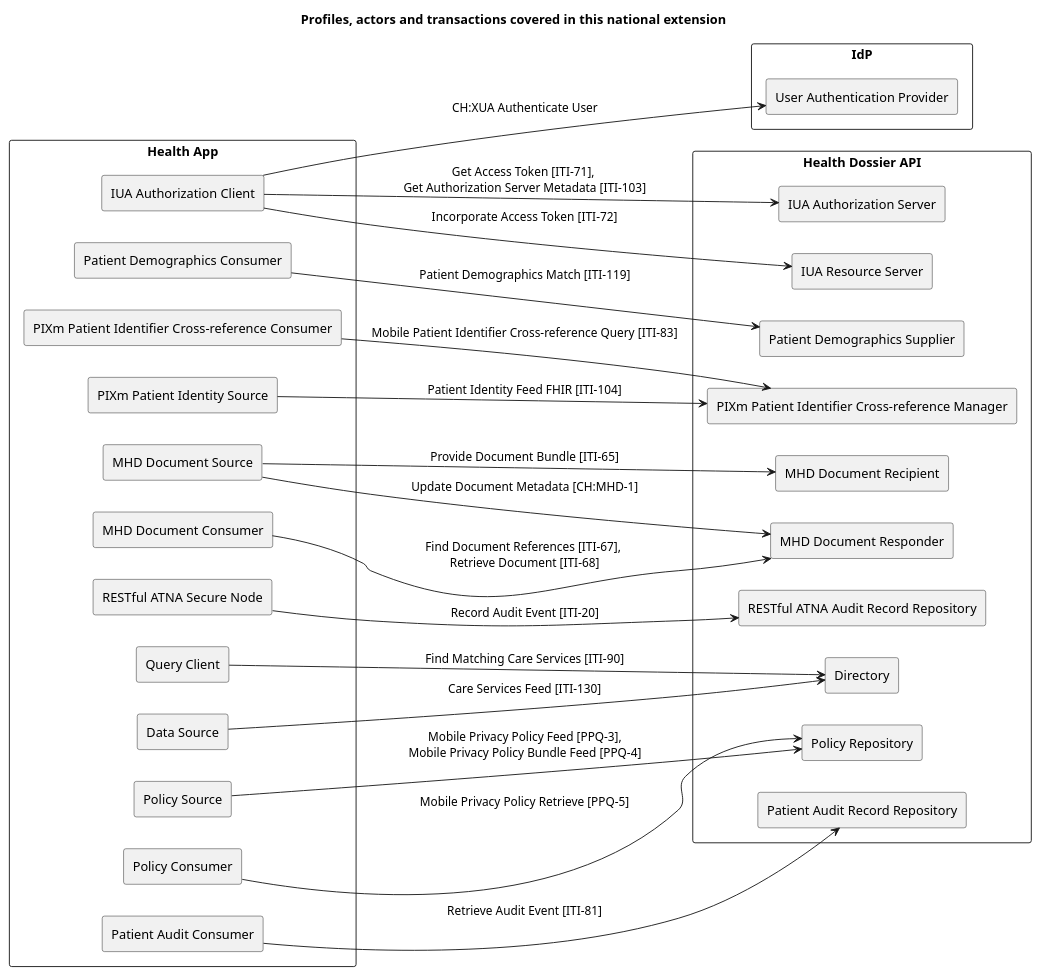
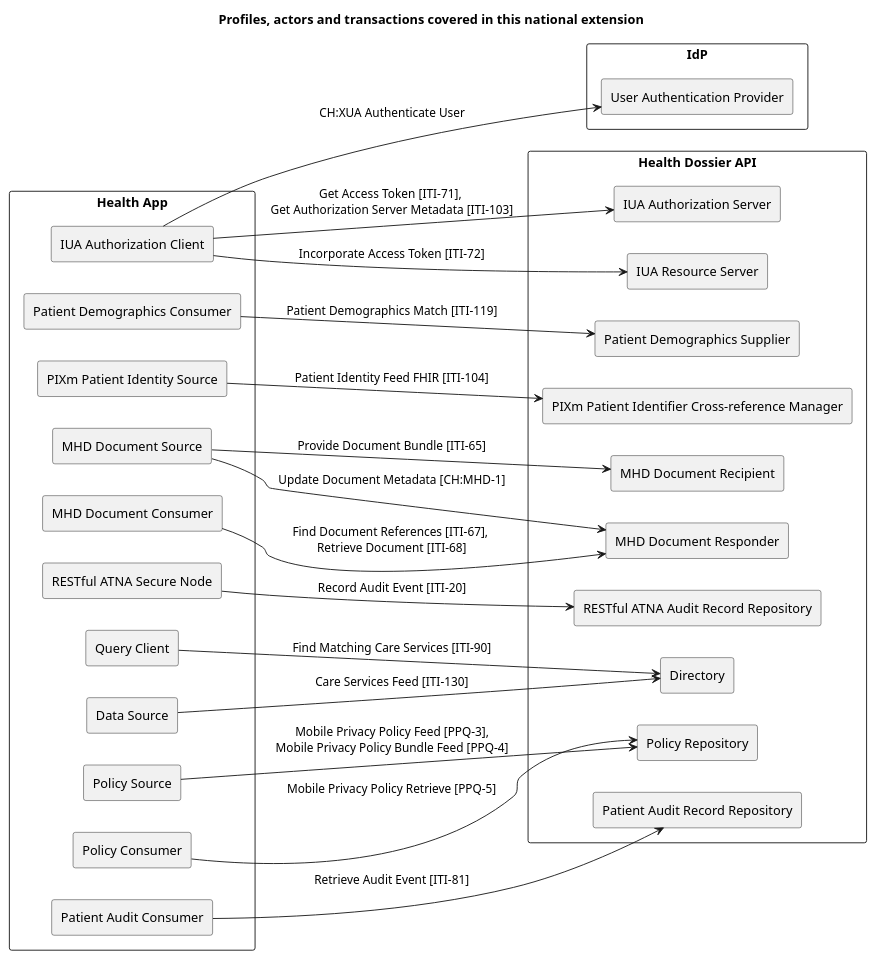
The diagram in input/images-source/overview.plantuml (ehealthsuisse/ch-health-dossier), drawn with PlantUML before and after one commit. The commit also changed 26 other files, not shown here.

Commit message:
* PIXm     * Removed ITI-83 Query (no local-id cross-referencing)     * Restricted ITI-104 Feed to allow only update of contact information (revise message), requires extended access token

```diff
--- a/input/images-source/overview.plantuml
+++ b/input/images-source/overview.plantuml
@@ -1,74 +1,72 @@
 @startuml
 
 title **Profiles, actors and transactions covered in this national extension**
 
 skinparam componentStyle rectangle
 skinparam svgDimensionStyle false
 
 left to right direction
 
 component "Health App" {
   [IUA Authorization Client] as IUAClient
 
   [Patient Demographics Consumer] as PDQmConsumer
 
-  [PIXm Patient Identifier Cross-reference Consumer] as PIXmConsumer
   [PIXm Patient Identity Source] as PIXmSource
 
   [MHD Document Source] as MHDSource
   [MHD Document Consumer] as MHDConsumer
 
   [RESTful ATNA Secure Node] as ATNANode
 
   [Query Client] as mCSDQueryClient
   [Data Source] as mCSDDataSource
 
   [Policy Source] as PPQmPolicySource
   [Policy Consumer] as PPQmPolicyConsumer
 
   [Patient Audit Consumer] as ATCPatientAuditConsumer
 }
 
 component "IdP" {
   [User Authentication Provider] as UAProvider
   IUAClient --> UAProvider : CH:XUA Authenticate User
 }
 
 component "Health Dossier API" {
   [IUA Authorization Server] as IUAAuthServer
   IUAClient -> IUAAuthServer : Get Access Token [ITI-71], \nGet Authorization Server Metadata [ITI-103]
   [IUA Resource Server] as IUAResourceServer
   IUAClient --> IUAResourceServer : Incorporate Access Token [ITI-72]
 
   [Patient Demographics Supplier] as PDQmSupplier
   PDQmConsumer --> PDQmSupplier : Patient Demographics Match [ITI-119]
 
   [PIXm Patient Identifier Cross-reference Manager] as PIXmManager
-  PIXmConsumer --> PIXmManager : Mobile Patient Identifier Cross-reference Query [ITI-83]
   PIXmSource --> PIXmManager : Patient Identity Feed FHIR [ITI-104]
 
   [MHD Document Recipient] as MHDRecipient
   [MHD Document Responder] as MHDResponder
   MHDSource --> MHDRecipient : Provide Document Bundle [ITI-65]
 
   MHDSource --> MHDResponder : Update Document Metadata [CH:MHD-1]
 
   MHDConsumer --> MHDResponder : Find Document References [ITI-67], \nRetrieve Document [ITI-68]
 
   [RESTful ATNA Audit Record Repository] as ATNARepository
   ATNANode --> ATNARepository : Record Audit Event [ITI-20]
 
   [Directory] as mCSDDirectory
   mCSDQueryClient --> mCSDDirectory : Find Matching Care Services [ITI-90]
   mCSDDataSource --> mCSDDirectory : Care Services Feed [ITI-130]
 
   [Policy Repository] as PPQmPolicyRepository
   PPQmPolicySource --> PPQmPolicyRepository : Mobile Privacy Policy Feed [PPQ-3],\nMobile Privacy Policy Bundle Feed [PPQ-4]
   PPQmPolicyConsumer --> PPQmPolicyRepository : Mobile Privacy Policy Retrieve [PPQ-5]
 
   [Patient Audit Record Repository] as ATCPatientAuditRecordRepository
   ATCPatientAuditConsumer --> ATCPatientAuditRecordRepository : Retrieve Audit Event [ITI-81]	
 }
 
 
 @enduml
```
